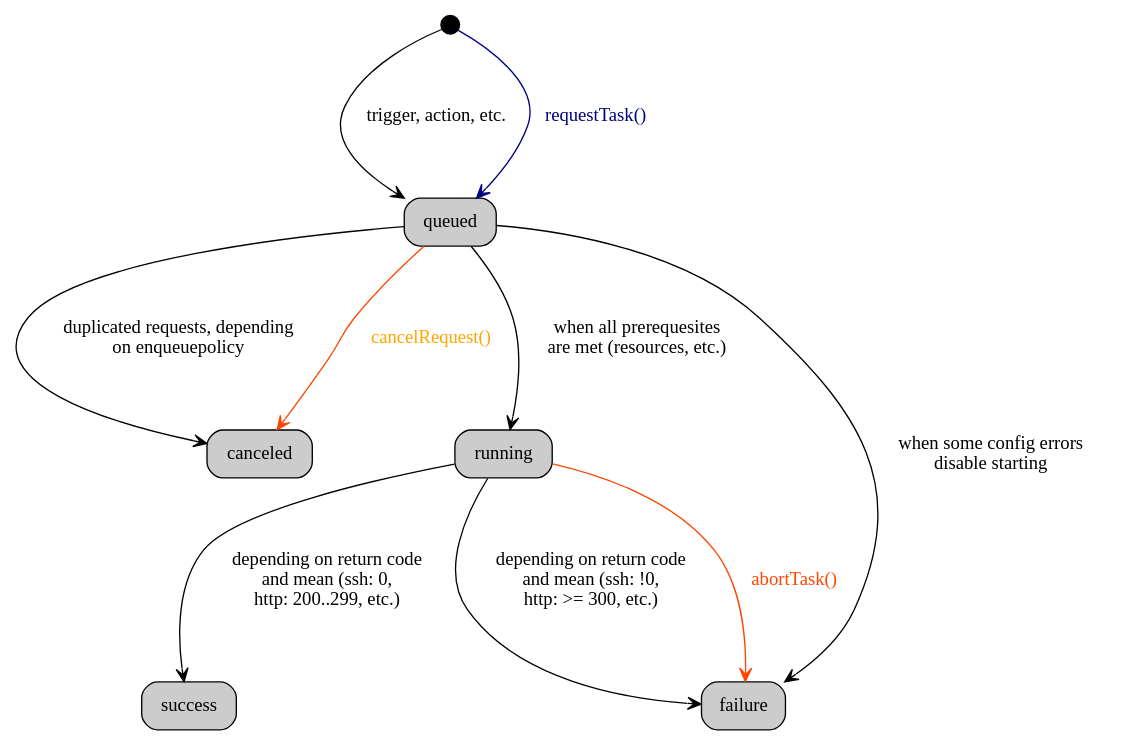
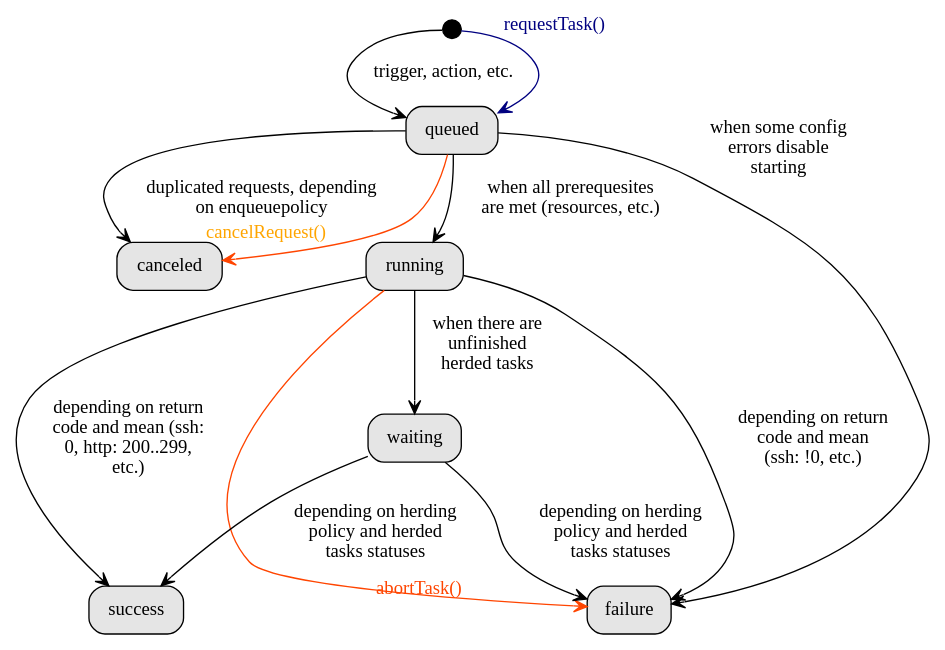
The diagram in doc/taskinstances_statuses.dot (g76r/libqron), drawn with Graphviz before and after one commit. The commit also changed 11 other files, not shown here.

First line of the commit message:
herder task (the first one) of a herd waits by default for other tasks

```diff
--- a/doc/taskinstances_statuses.dot
+++ b/doc/taskinstances_statuses.dot
@@ -1,24 +1,27 @@
 graph g {
   newrank=true;
-  graph [compound=true,style=rounded,ranksep=1.5]
+  graph [xcompound=true,xranksep=1,splines=true,xrankdir=LR]
   edge [arrowhead=vee,dir=forward]
-  node [shape=box,style="rounded,filled",fillcolor=grey80]
+  node [shape=box,style="rounded,filled",fillcolor=grey90]
 
   start [shape=circle,style=filled,width=.2,label="",fillcolor=black]
 
   start -- queued [label="trigger, action, etc."]
   queued -- canceled [label="duplicated requests, depending\non enqueuepolicy"]
   queued -- running [label="when all prerequesites\nare met (resources, etc.)"]
-  running -- success [label="depending on return code\nand mean (ssh: 0,\nhttp: 200..299, etc.)"]
-  running -- failure [label="depending on return code\nand mean (ssh: !0,\nhttp: >= 300, etc.)"]
-  queued -- failure [label="when some config errors\ndisable starting"]
+  running -- waiting [label="when there are\nunfinished\nherded tasks"]
+  running -- success [label="depending on return\ncode and mean (ssh:\n0, http: 200..299,\netc.)"]
+  running -- failure [label="depending on return\ncode and mean\n(ssh: !0, etc.)"]
+  waiting -- success [label="depending on herding\npolicy and herded\ntasks statuses"]
+  waiting -- failure [label="depending on herding\npolicy and herded\ntasks statuses"]
+  queued -- failure [xlabel="when some config\nerrors disable\nstarting"]
 
   edge [color=navy,fontcolor=navy]
-  start -- queued [label="requestTask()"]
+  start -- queued [xlabel="requestTask()"]
 
   edge [color=orangered,fontcolor=orange]
-  queued -- canceled [label="cancelRequest()"]
+  queued -- canceled [xlabel="cancelRequest()"]
 
   edge [color=orangered,fontcolor=orangered]
-  running -- failure [label="abortTask()"]
+  running -- failure [xlabel="abortTask()"]
 }
```
